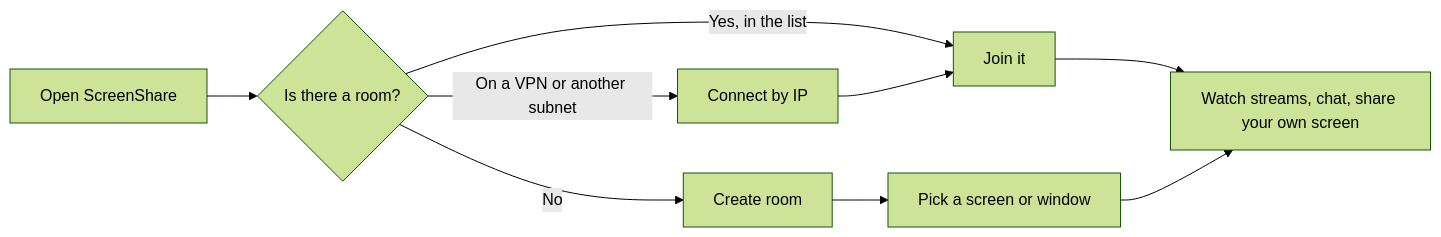
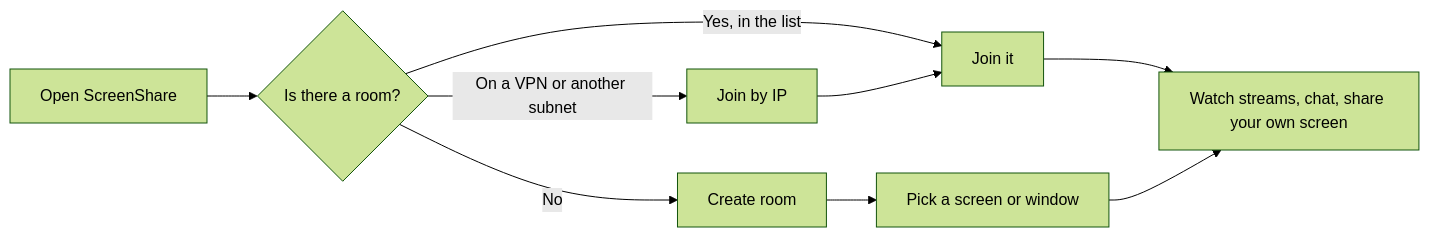
Before and after one commit to nsfxu/lan-screenshare: the diagram in docs/en-US/user-guide.md, drawn with Mermaid (forest theme). The commit also changed other lines of this file and 17 other files, not shown here.

````diff
--- a/docs/en-US/user-guide.md
+++ b/docs/en-US/user-guide.md
@@ -29,9 +29,9 @@
 ```mermaid
 flowchart LR
   A["Open ScreenShare"] --> B{"Is there a room?"}
   B -->|"Yes, in the list"| C["Join it"]
-  B -->|"On a VPN or another subnet"| D["Connect by IP"] --> C
+  B -->|"On a VPN or another subnet"| D["Join by IP"] --> C
   B -->|"No"| E["Create room"] --> F["Pick a screen or window"]
   C --> G["Watch streams, chat, share your own screen"]
   F --> G
 ```
````
